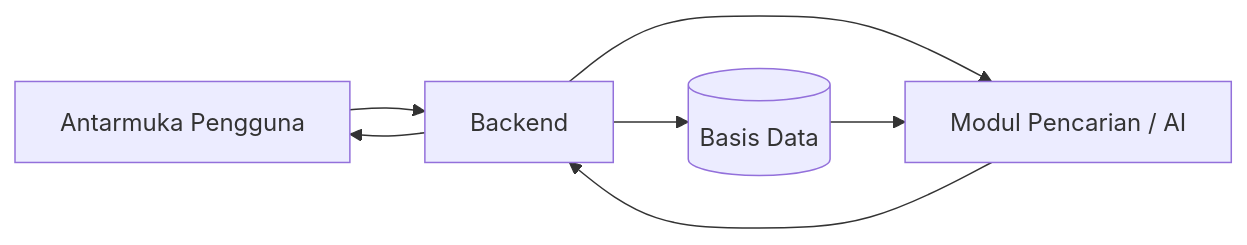
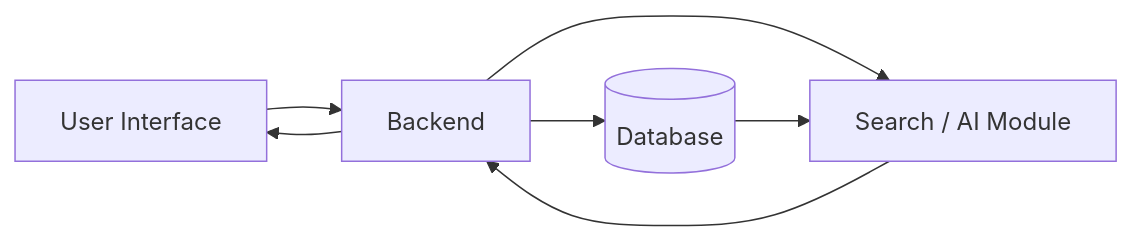
One commit to NicolasButarbutar/Smart-Warehouse-Agent changed the second of 2 diagrams in README.md. Above: the diagram before and after it, drawn with Mermaid.

````diff
--- a/README.md
+++ b/README.md
@@ -108,9 +108,9 @@
 ```mermaid
 flowchart LR
-    U[Antarmuka Pengguna] --> B[Backend]
-    B --> DB[(Basis Data)]
-    B --> A[Modul Pencarian / AI]
+    U[User Interface] --> B[Backend]
+    B --> DB[(Database)]
+    B --> A[Search / AI Module]
     DB --> A
     A --> B
     B --> U
 ```
````
